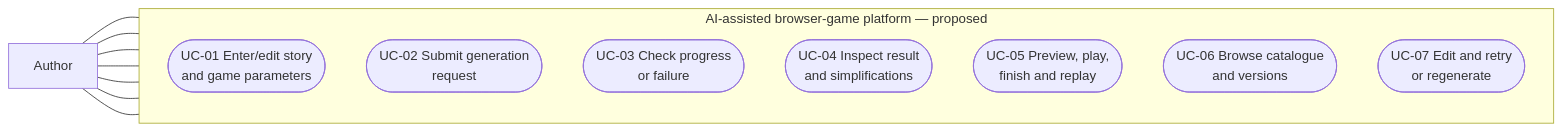
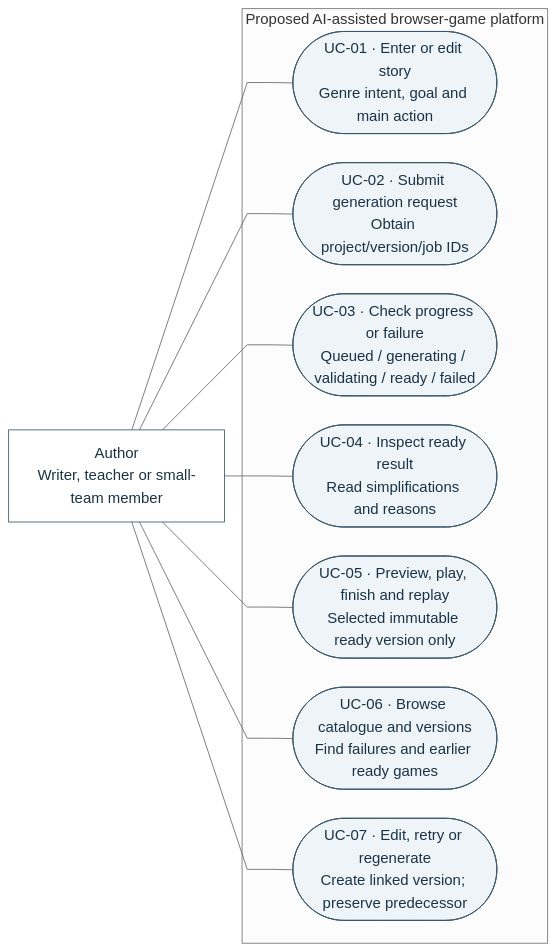
The diagram in diagrams/use-case.mmd (lastnurik/diploma), drawn with Mermaid before and after one commit. The commit also changed 51 other files, not shown here.

```diff
--- a/diagrams/use-case.mmd
+++ b/diagrams/use-case.mmd
@@ -1,23 +1,42 @@
-%% Proposed author use cases; IDs reconcile with docs/requirements/frontend.md.
-%% Mermaid flowchart uses oval use-case nodes within the system boundary.
+---
+config:
+  theme: neutral
+  fontFamily: Arial
+  themeVariables:
+    fontFamily: Arial, Helvetica, sans-serif
+    fontSize: 18px
+  flowchart:
+    htmlLabels: false
+    curve: linear
+    nodeSpacing: 35
+    rankSpacing: 55
+---
+%% Proposed author goals; associations are not execution-order arrows.
+%% UC identifiers correspond to docs/use-cases.md; system responsibilities are in component.mmd.
 flowchart LR
-    author["Author"]
+  accTitle: Author use cases — proposed design
+  accDescr: One author is associated with seven goals: enter story, submit a request, inspect progress or failure, inspect a ready result and simplifications, play and finish, browse versions, and deliberately regenerate a linked version. Associations do not imply execution order.
+    author["Author<br/>Writer, teacher or small-team member"]
 
-    subgraph system["AI-assisted browser-game platform — proposed"]
-        direction TB
-        uc01(["UC-01 Enter/edit story<br/>and game parameters"])
-        uc02(["UC-02 Submit generation<br/>request"])
-        uc03(["UC-03 Check progress<br/>or failure"])
-        uc04(["UC-04 Inspect result<br/>and simplifications"])
-        uc05(["UC-05 Preview, play,<br/>finish and replay"])
-        uc06(["UC-06 Browse catalogue<br/>and versions"])
-        uc07(["UC-07 Edit and retry<br/>or regenerate"])
+    subgraph system["Proposed AI-assisted browser-game platform"]
+        uc01(["UC-01 · Enter or edit story<br/>Genre intent, goal and main action"])
+        uc02(["UC-02 · Submit generation request<br/>Obtain project/version/job IDs"])
+        uc03(["UC-03 · Check progress or failure<br/>Queued / generating / validating / ready / failed"])
+        uc04(["UC-04 · Inspect ready result<br/>Read simplifications and reasons"])
+        uc05(["UC-05 · Preview, play, finish and replay<br/>Selected immutable ready version only"])
+        uc06(["UC-06 · Browse catalogue and versions<br/>Find failures and earlier ready games"])
+        uc07(["UC-07 · Edit, retry or regenerate<br/>Create linked version; preserve predecessor"])
     end
 
     author --- uc01
     author --- uc02
     author --- uc03
     author --- uc04
     author --- uc05
     author --- uc06
     author --- uc07
+
+    classDef actor fill:#fff,stroke:#385569,color:#193347;
+    classDef goal fill:#eef4f8,stroke:#385569,color:#193347;
+    class author actor;
+    class uc01,uc02,uc03,uc04,uc05,uc06,uc07 goal;
```
